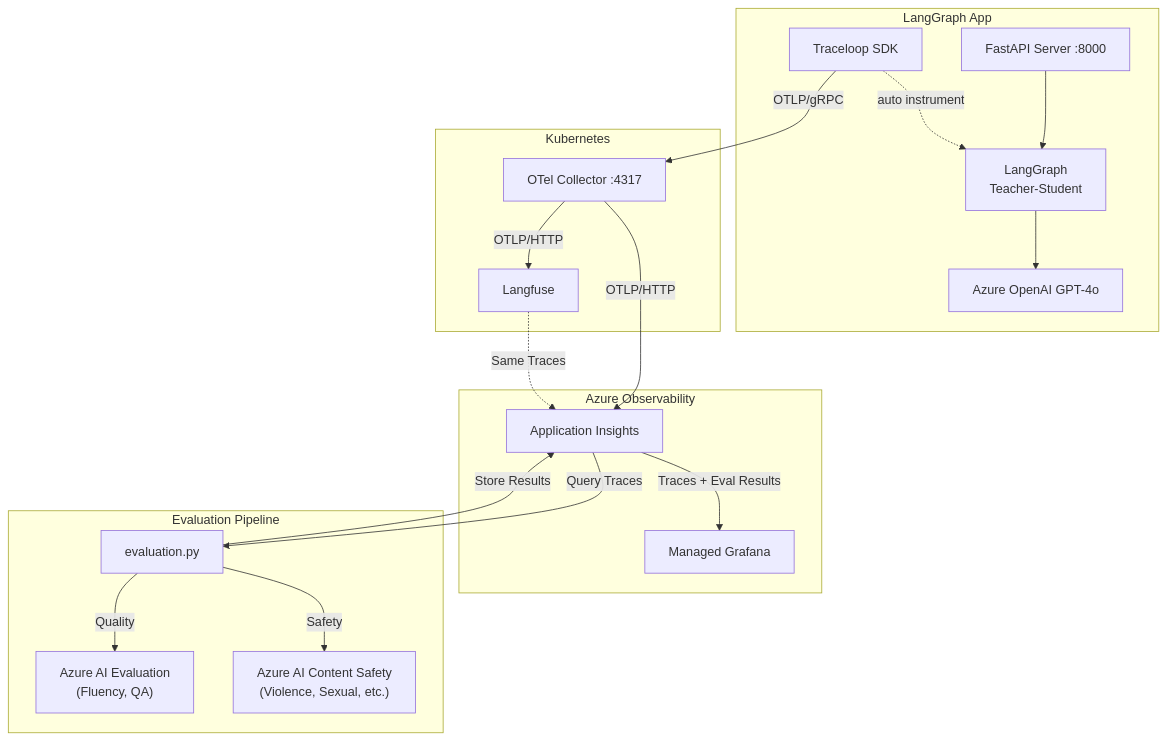
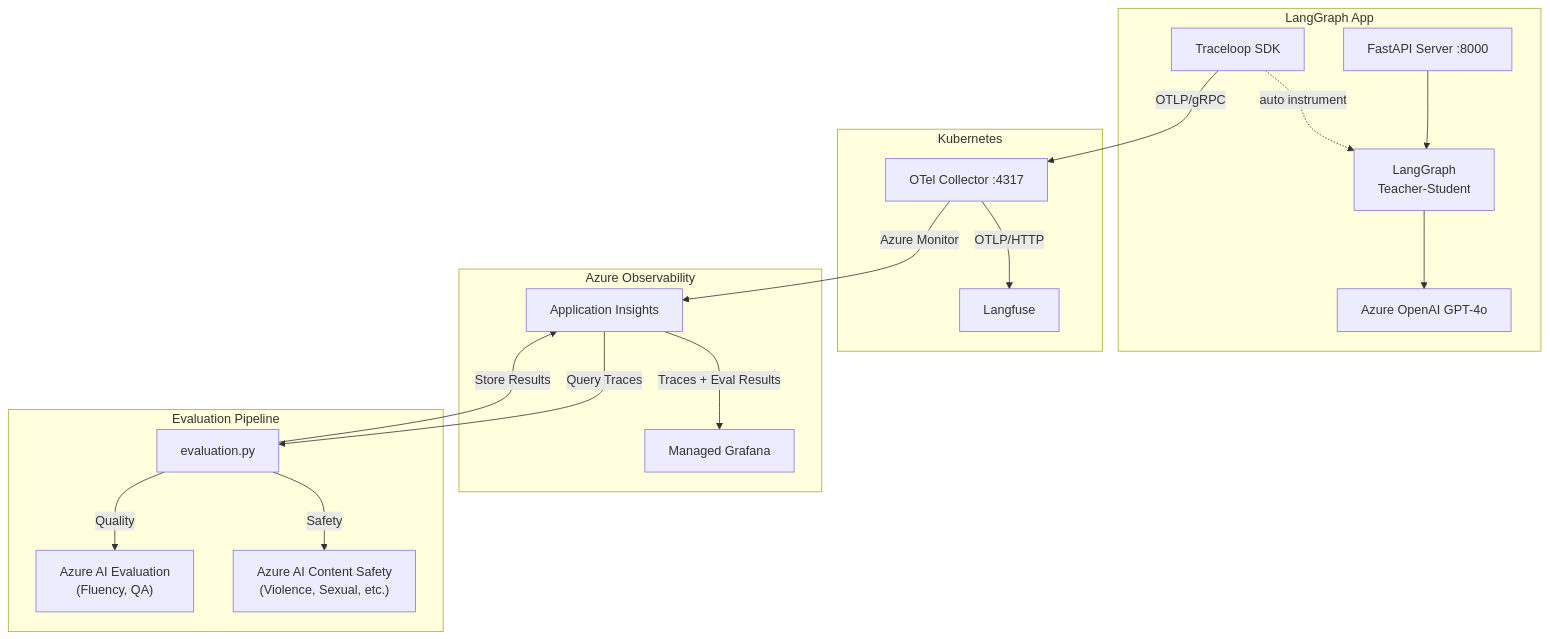
The diagram in .github/copilot-instructions.md (daeungo1/enterprise-agent-observability), drawn with Mermaid before and after one commit. The commit also changed other lines of this file and 2 other files, not shown here.

Commit message:
docs: fix architecture diagrams, update project structure, add presentation
- Fix OTel Collector → App Insights protocol label (OTLP/HTTP → Azure Monitor)
- Remove incorrect Langfuse → App Insights arrow in diagrams
- Add evaluation.py, evaluation_results/ to project structure
- Add evaluation-related env vars to README
- Add evaluation pipeline section to README
- Add PRESENTATION.md for team knowledge sharing session

````diff
--- a/.github/copilot-instructions.md
+++ b/.github/copilot-instructions.md
@@ -148,39 +147,38 @@
 ```mermaid
 flowchart TB
     subgraph App["LangGraph App"]
         FastAPI["FastAPI Server :8000"]
         LangGraph["LangGraph\nTeacher-Student"]
         Traceloop["Traceloop SDK"]
         AzureOAI["Azure OpenAI GPT-4o"]
         
         FastAPI --> LangGraph
         LangGraph --> AzureOAI
         Traceloop -.->|auto instrument| LangGraph
     end
     
     subgraph K8s["Kubernetes"]
         OTelCollector["OTel Collector :4317"]
         Langfuse["Langfuse"]
     end
     
     subgraph Observability["Azure Observability"]
         AppInsights["Application Insights"]
         Grafana["Managed Grafana"]
     end
     
     subgraph Evaluation["Evaluation Pipeline"]
         EvalScript["evaluation.py"]
         AIEval["Azure AI Evaluation\n(Fluency, QA)"]
         ContentSafety["Azure AI Content Safety\n(Violence, Sexual, etc.)"]
     end
     
     Traceloop -->|OTLP/gRPC| OTelCollector
     OTelCollector -->|OTLP/HTTP| Langfuse
-    OTelCollector -->|OTLP/HTTP| AppInsights
-    Langfuse -.->|Same Traces| AppInsights
+    OTelCollector -->|Azure Monitor| AppInsights
     AppInsights -->|Traces + Eval Results| Grafana
     AppInsights -->|Query Traces| EvalScript
     EvalScript -->|Quality| AIEval
     EvalScript -->|Safety| ContentSafety
     EvalScript -->|Store Results| AppInsights
 ```
````
